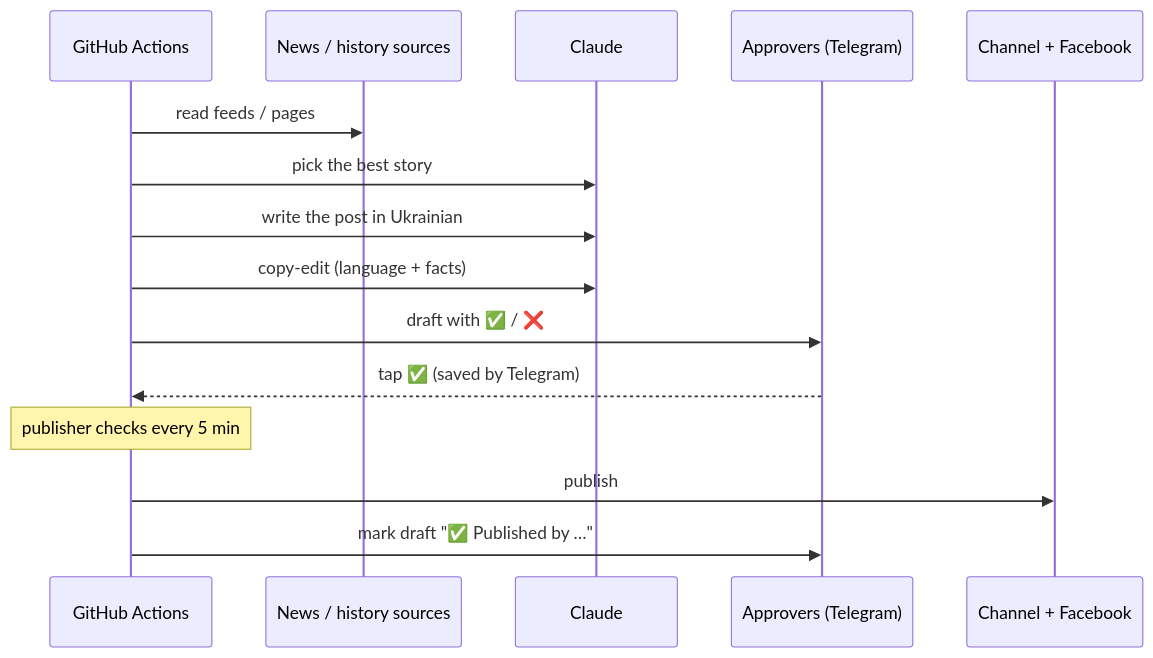
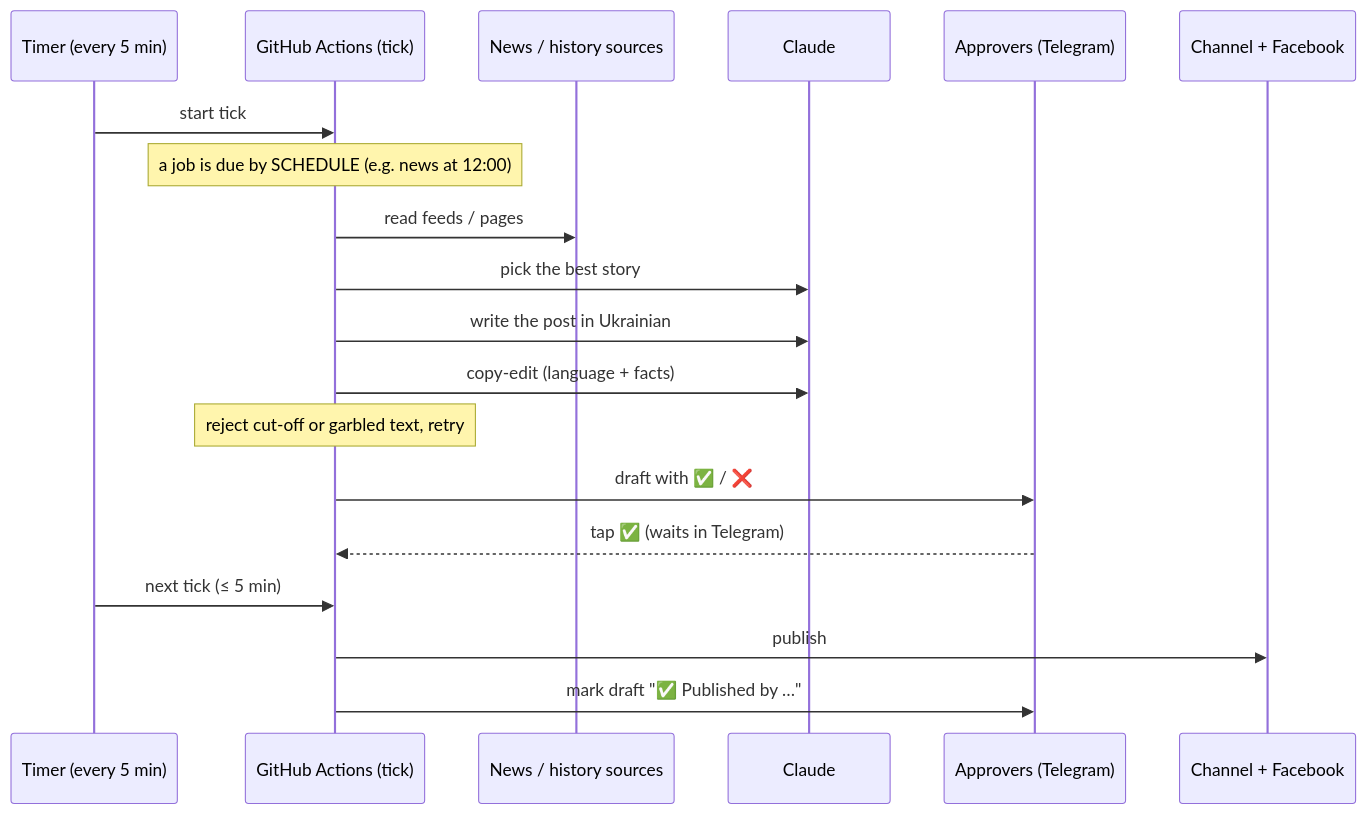
Before and after one commit to hitechparadigm/community-ai-autoposter: the second of 2 diagrams in README.md, drawn with Mermaid. The commit also changed other lines of this file, not shown here.

First line of the commit message:
README: tick + external timer in diagrams, workflow table, setup step

````diff
--- a/README.md
+++ b/README.md
@@ -97,17 +102,21 @@
 ```mermaid
 sequenceDiagram
-    participant GA as GitHub Actions
+    participant Tm as Timer (every 5 min)
+    participant GA as GitHub Actions (tick)
     participant Src as News / history sources
     participant Cl as Claude
     participant Ap as Approvers (Telegram)
     participant Ch as Channel + Facebook
+    Tm->>GA: start tick
+    Note over GA: a job is due by SCHEDULE (e.g. news at 12:00)
     GA->>Src: read feeds / pages
     GA->>Cl: pick the best story
     GA->>Cl: write the post in Ukrainian
     GA->>Cl: copy-edit (language + facts)
+    Note over GA: reject cut-off or garbled text, retry
     GA->>Ap: draft with ✅ / ❌
-    Ap-->>GA: tap ✅ (saved by Telegram)
-    Note over GA: publisher checks every 5 min
+    Ap-->>GA: tap ✅ (waits in Telegram)
+    Tm->>GA: next tick (≤ 5 min)
     GA->>Ch: publish
     GA->>Ap: mark draft "✅ Published by …"
 ```
````
